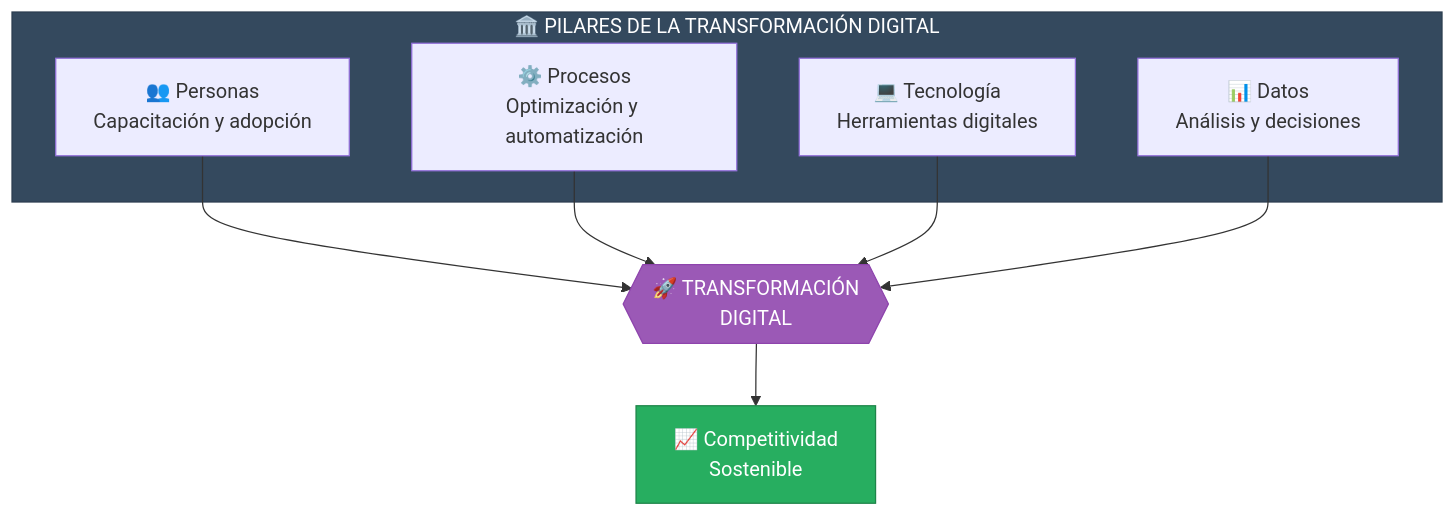
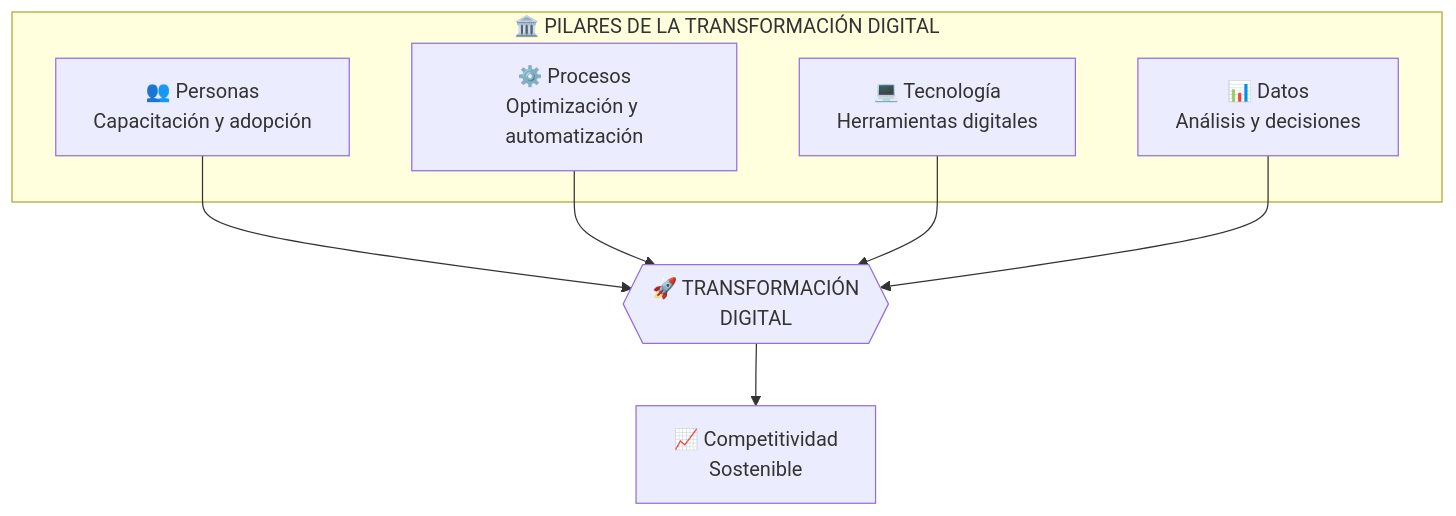
Before and after one commit to decagraff/LCService: the fifth of 6 diagrams in docs/03-marco-teorico/README.md, drawn with Mermaid. The commit also changed other lines of this file and 7 other files, not shown here.

````diff
--- a/docs/03-marco-teorico/README.md
+++ b/docs/03-marco-teorico/README.md
@@ -145,22 +137,19 @@
 ```mermaid
 graph TB
     subgraph pilares["🏛️ PILARES DE LA TRANSFORMACIÓN DIGITAL"]
         P1["👥 Personas<br/>Capacitación y adopción"]
         P2["⚙️ Procesos<br/>Optimización y automatización"]
         P3["💻 Tecnología<br/>Herramientas digitales"]
         P4["📊 Datos<br/>Análisis y decisiones"]
     end
 
     TD{{"🚀 TRANSFORMACIÓN<br/>DIGITAL"}}
 
     P1 --> TD
     P2 --> TD
     P3 --> TD
     P4 --> TD
 
     TD --> R["📈 Competitividad<br/>Sostenible"]
 
-    style pilares fill:#34495e,stroke:#2c3e50,color:#fff
-    style TD fill:#9b59b6,stroke:#8e44ad,color:#fff
-    style R fill:#27ae60,stroke:#1e8449,color:#fff
 ```
````
